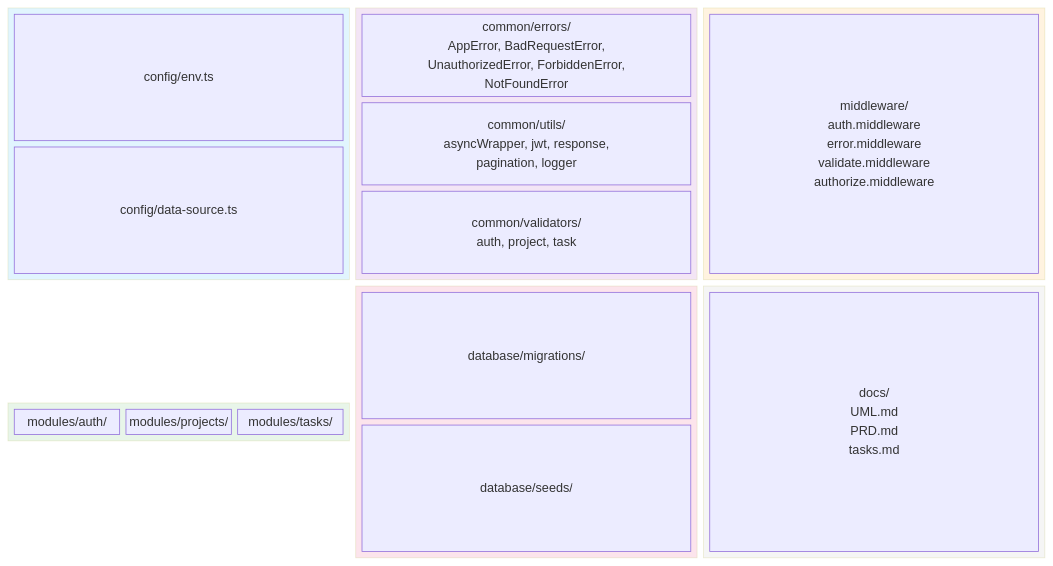
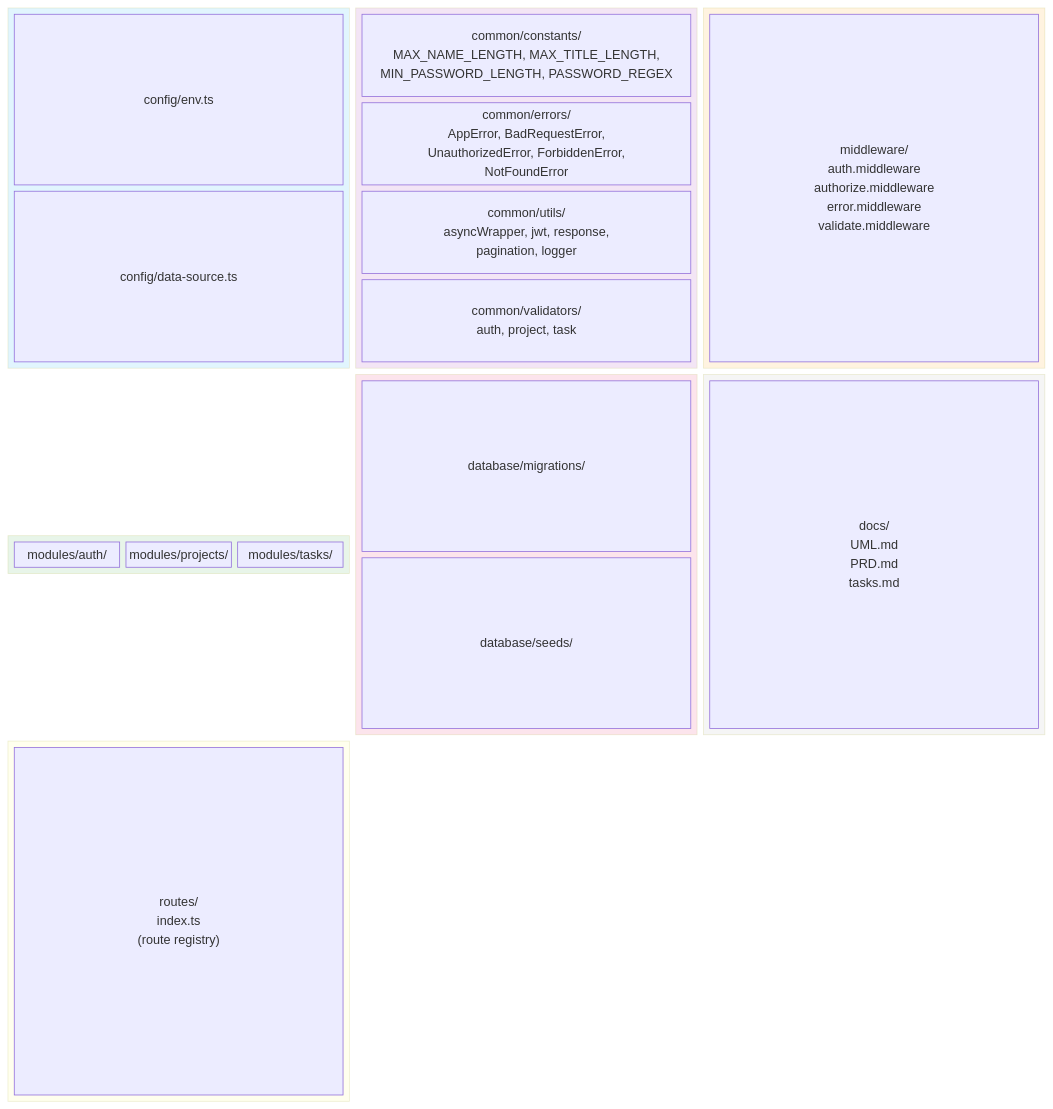
One commit to ahMEDhat-7/project-task-api changed the second of 3 diagrams in docs/UML.md. Above: the diagram before and after it, drawn with Mermaid. The commit also changed other lines of this file and 12 other files, not shown here.

````diff
--- a/docs/UML.md
+++ b/docs/UML.md
@@ -287,45 +305,51 @@
 ```mermaid
 block-beta
     columns 3
 
     block:config:1
         columns 1
         A["config/env.ts"]
         B["config/data-source.ts"]
     end
 
     block:common:1
         columns 1
-        C["common/errors/\nAppError, BadRequestError,\nUnauthorizedError, ForbiddenError,\nNotFoundError"]
-        D["common/utils/\nasyncWrapper, jwt, response,\npagination, logger"]
-        E["common/validators/\nauth, project, task"]
+        C["common/constants/\nMAX_NAME_LENGTH, MAX_TITLE_LENGTH,\nMIN_PASSWORD_LENGTH, PASSWORD_REGEX"]
+        D["common/errors/\nAppError, BadRequestError,\nUnauthorizedError, ForbiddenError,\nNotFoundError"]
+        E["common/utils/\nasyncWrapper, jwt, response,\npagination, logger"]
+        F["common/validators/\nauth, project, task"]
     end
 
     block:middleware:1
         columns 1
-        F["middleware/\nauth.middleware\nerror.middleware\nvalidate.middleware\nauthorize.middleware"]
+        G["middleware/\nauth.middleware\nauthorize.middleware\nerror.middleware\nvalidate.middleware"]
     end
 
     block:modules:1
         columns 3
-        G["modules/auth/"] H["modules/projects/"] I["modules/tasks/"]
+        H["modules/auth/"] I["modules/projects/"] J["modules/tasks/"]
     end
 
     block:database:1
         columns 1
-        J["database/migrations/"]
-        K["database/seeds/"]
+        K["database/migrations/"]
+        L["database/seeds/"]
     end
 
     block:docs:1
         columns 1
-        L["docs/\nUML.md\nPRD.md\ntasks.md"]
+        M["docs/\nUML.md\nPRD.md\ntasks.md"]
+    end
+
+    block:routes:1
+        columns 1
+        N["routes/\nindex.ts\n(route registry)"]
     end
 
     style config fill:#e1f5fe
     style common fill:#f3e5f5
     style middleware fill:#fff3e0
     style modules fill:#e8f5e9
     style database fill:#fce4ec
     style docs fill:#f5f5f5
 ```
````
